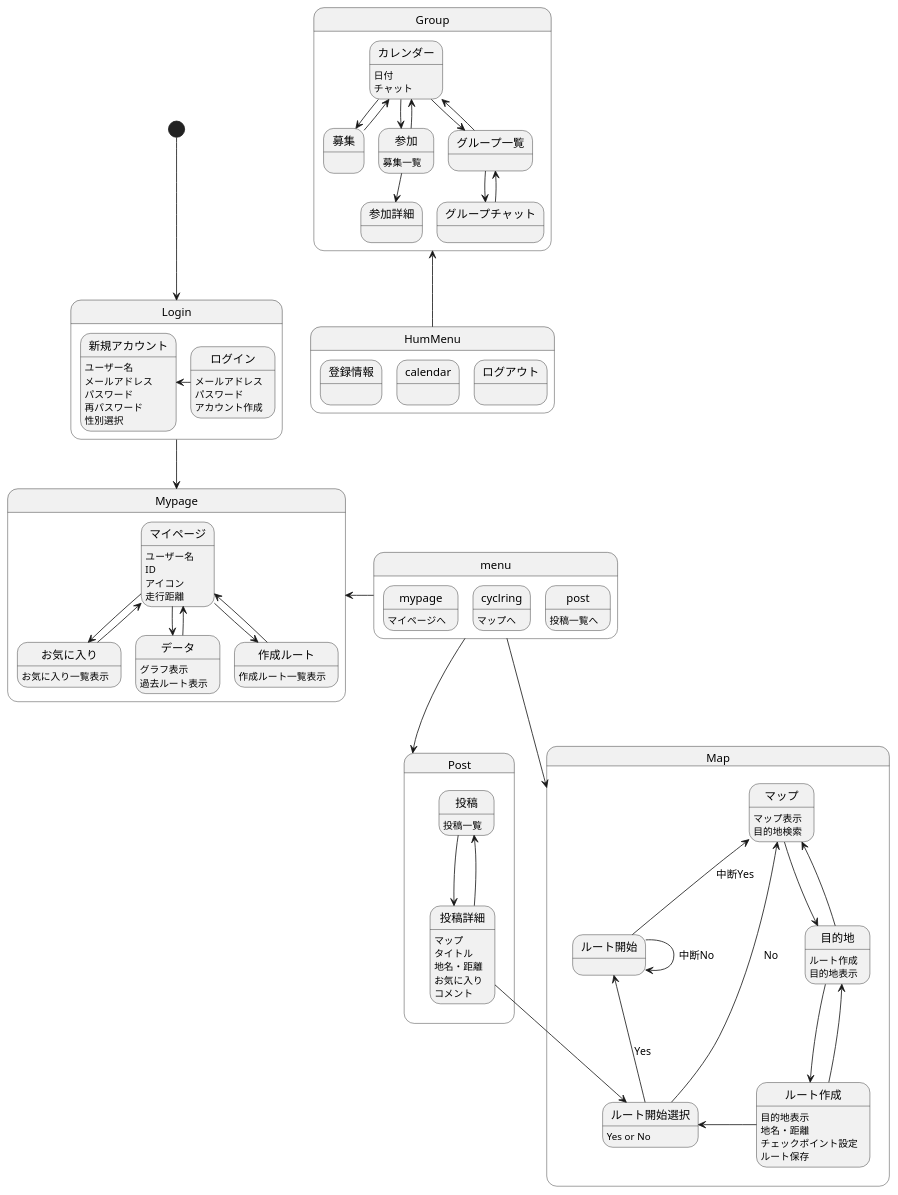
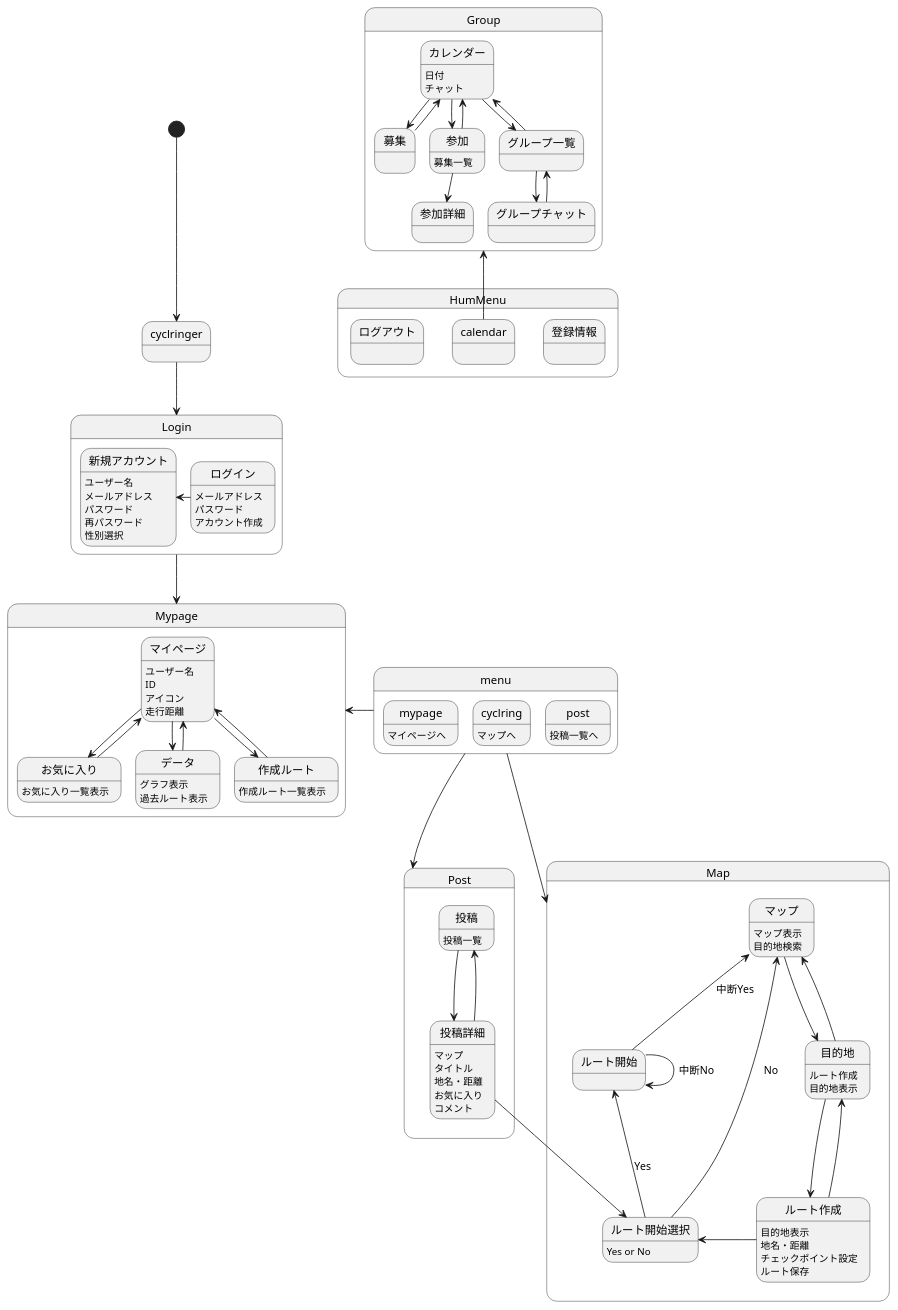
One commit to AsoSD3A3/CyclingSystem changed the diagram in 画面遷移図/gm.md. Above: the diagram before and after it, drawn with PlantUML.

````diff
--- a/画面遷移図/gm.md
+++ b/画面遷移図/gm.md
@@ -1,5 +1,7 @@
 ```uml
 @startuml
+
+[*]-down->cyclringer
 
 state menu{
 mypage:マイページへ
@@ -13,7 +15,7 @@
 ログアウト:
 }
 
-HumMenu-up->Group
+calendar-up->Group
 
 state Group{
 カレンダー:日付
@@ -36,7 +38,7 @@
 menu-down->Map
 menu-right->Post
 
-[*]-down->Login
+cyclringer-down->Login
 state Login{
 ログイン:メールアドレス
 ログイン:パスワード
````
